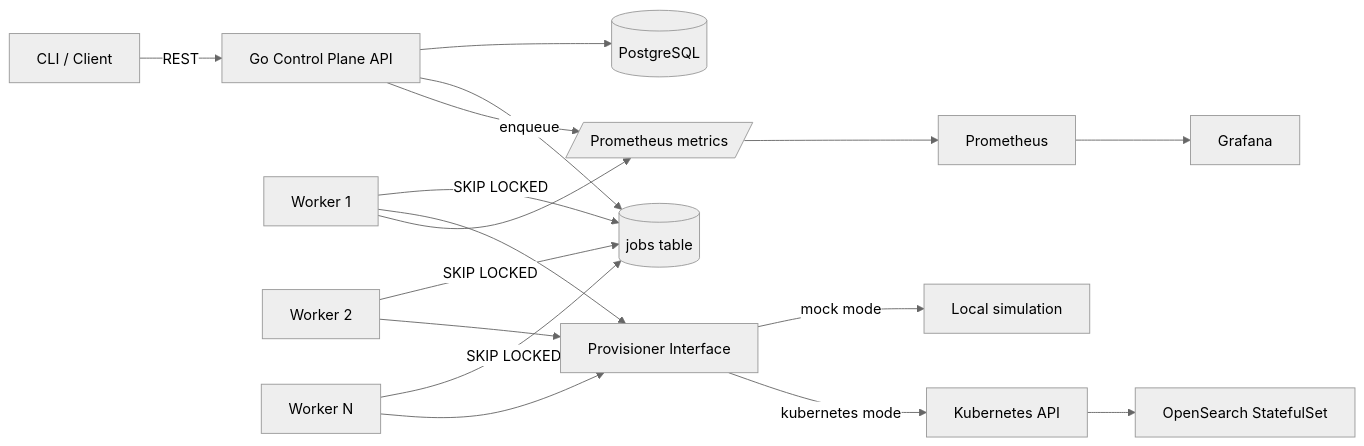
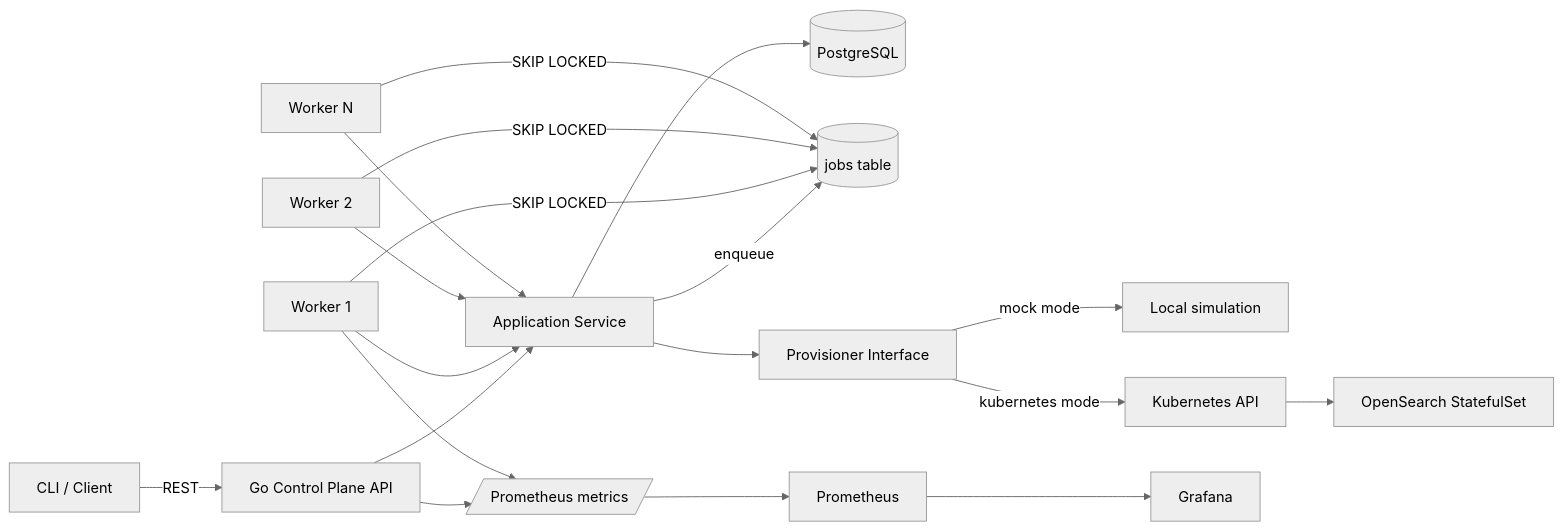
Before and after one commit to SaiVyshnavi1522/dataplane-control-plane: the diagram in docs/architecture.md, drawn with Mermaid (neutral theme). The commit also changed other lines of this file and 8 other files, not shown here.

Commit message:
refactor: add shared application service

````diff
--- a/docs/architecture.md
+++ b/docs/architecture.md
@@ -3,19 +3,21 @@
 ```mermaid
 flowchart LR
     C[CLI / Client] -->|REST| API[Go Control Plane API]
-    API --> PG[(PostgreSQL)]
-    API -->|enqueue| J[(jobs table)]
+    API --> APP[Application Service]
+    APP --> PG[(PostgreSQL)]
+    APP -->|enqueue| J[(jobs table)]
     W1[Worker 1] -->|SKIP LOCKED| J
     W2[Worker 2] -->|SKIP LOCKED| J
     W3[Worker N] -->|SKIP LOCKED| J
-    W1 --> P[Provisioner Interface]
-    W2 --> P
-    W3 --> P
+    W1 --> APP
+    W2 --> APP
+    W3 --> APP
+    APP --> P[Provisioner Interface]
     P -->|mock mode| M[Local simulation]
     P -->|kubernetes mode| K[Kubernetes API]
     K --> STS[OpenSearch StatefulSet]
     API --> MET[/Prometheus metrics/]
     W1 --> MET
     MET --> PR[Prometheus]
     PR --> G[Grafana]
 ```
````
